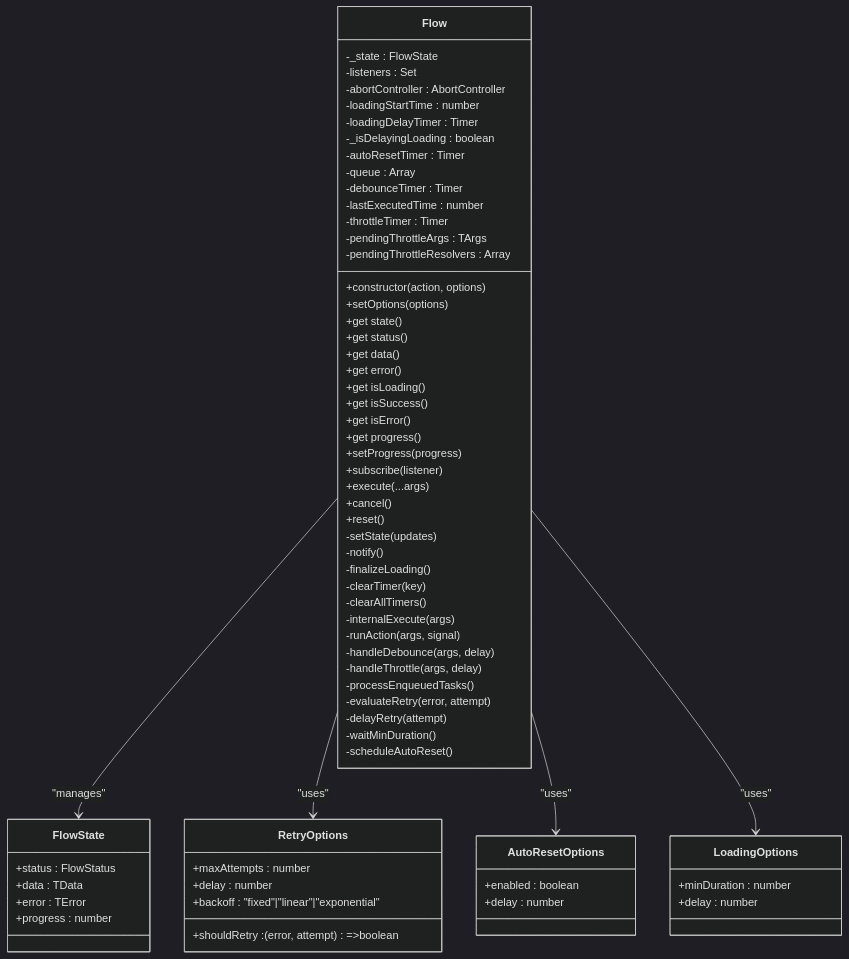
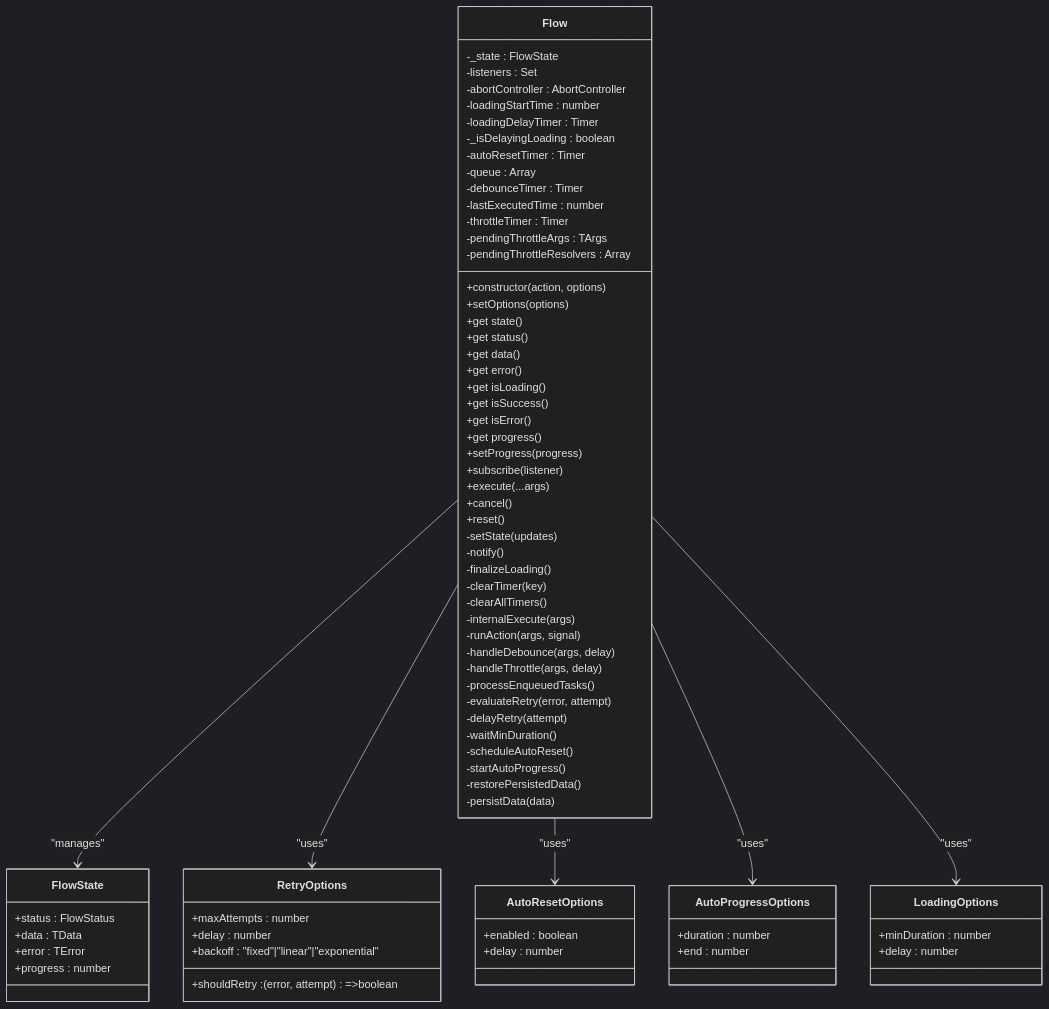
One commit to devhimanshuu/asyncflowstate changed the second of 9 diagrams in documentation/content/Core Engine/Core Engine.md. Above: the diagram before and after it, drawn with Mermaid (dark theme). The commit also changed other lines of this file and 5 other files, not shown here.

Commit message:
feat: Implement core Flow engine with persistence, auto-progress, and React FlowProvider, accompanied by new documentation.

````diff
--- a/documentation/content/Core Engine/Core Engine.md
+++ b/documentation/content/Core Engine/Core Engine.md
@@ -99,71 +108,79 @@
 ```mermaid
 classDiagram
 class Flow {
 -_state : FlowState
 -listeners : Set
 -abortController : AbortController
 -loadingStartTime : number
 -loadingDelayTimer : Timer
 -_isDelayingLoading : boolean
 -autoResetTimer : Timer
 -queue : Array
 -debounceTimer : Timer
 -lastExecutedTime : number
 -throttleTimer : Timer
 -pendingThrottleArgs : TArgs
 -pendingThrottleResolvers : Array
 +constructor(action, options)
 +setOptions(options)
 +get state()
 +get status()
 +get data()
 +get error()
 +get isLoading()
 +get isSuccess()
 +get isError()
 +get progress()
 +setProgress(progress)
 +subscribe(listener)
 +execute(...args)
 +cancel()
 +reset()
 -setState(updates)
 -notify()
 -finalizeLoading()
 -clearTimer(key)
 -clearAllTimers()
 -internalExecute(args)
 -runAction(args, signal)
 -handleDebounce(args, delay)
 -handleThrottle(args, delay)
 -processEnqueuedTasks()
 -evaluateRetry(error, attempt)
 -delayRetry(attempt)
 -waitMinDuration()
 -scheduleAutoReset()
+-startAutoProgress()
+-restorePersistedData()
+-persistData(data)
 }
 class FlowState {
 +status : FlowStatus
 +data : TData
 +error : TError
 +progress : number
 }
 class RetryOptions {
 +maxAttempts : number
 +delay : number
 +backoff : "fixed"|"linear"|"exponential"
 +shouldRetry : (error, attempt)=>boolean
 }
 class AutoResetOptions {
 +enabled : boolean
 +delay : number
 }
+class AutoProgressOptions {
++duration : number
++end : number
+}
 class LoadingOptions {
 +minDuration : number
 +delay : number
 }
 Flow --> FlowState : "manages"
 Flow --> RetryOptions : "uses"
 Flow --> AutoResetOptions : "uses"
+Flow --> AutoProgressOptions : "uses"
 Flow --> LoadingOptions : "uses"
 ```
````
